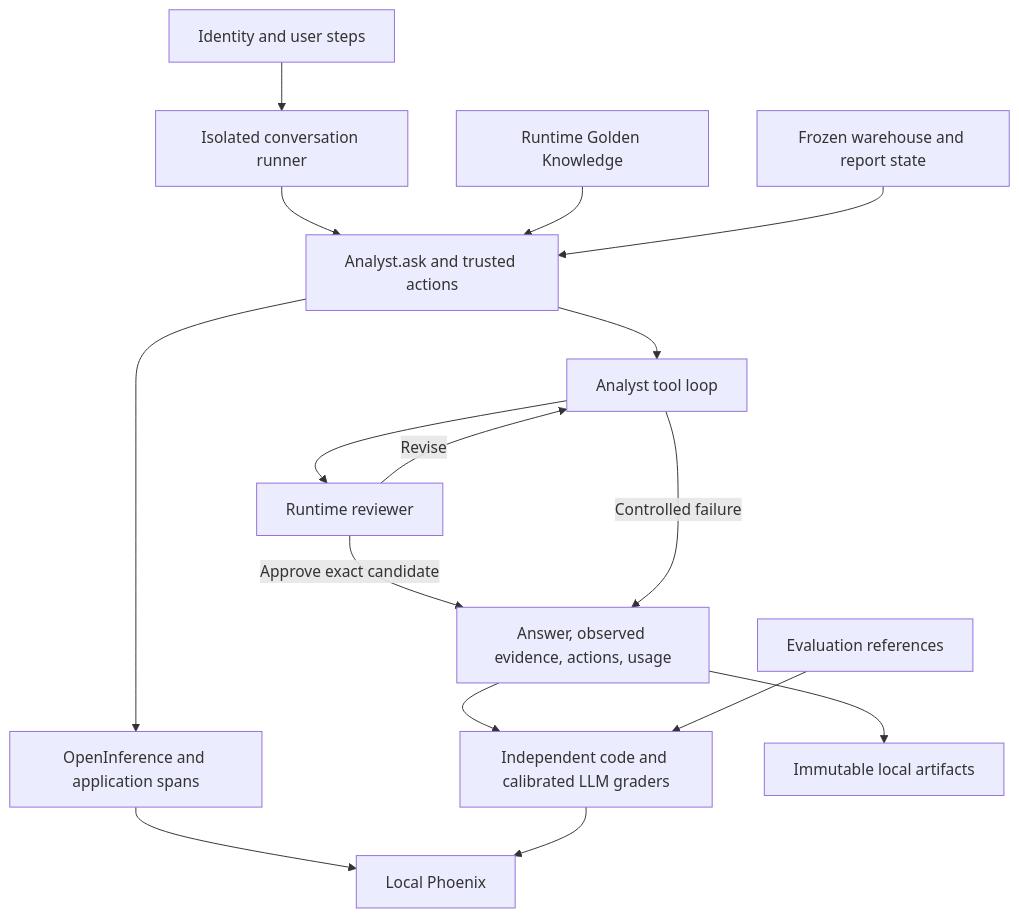
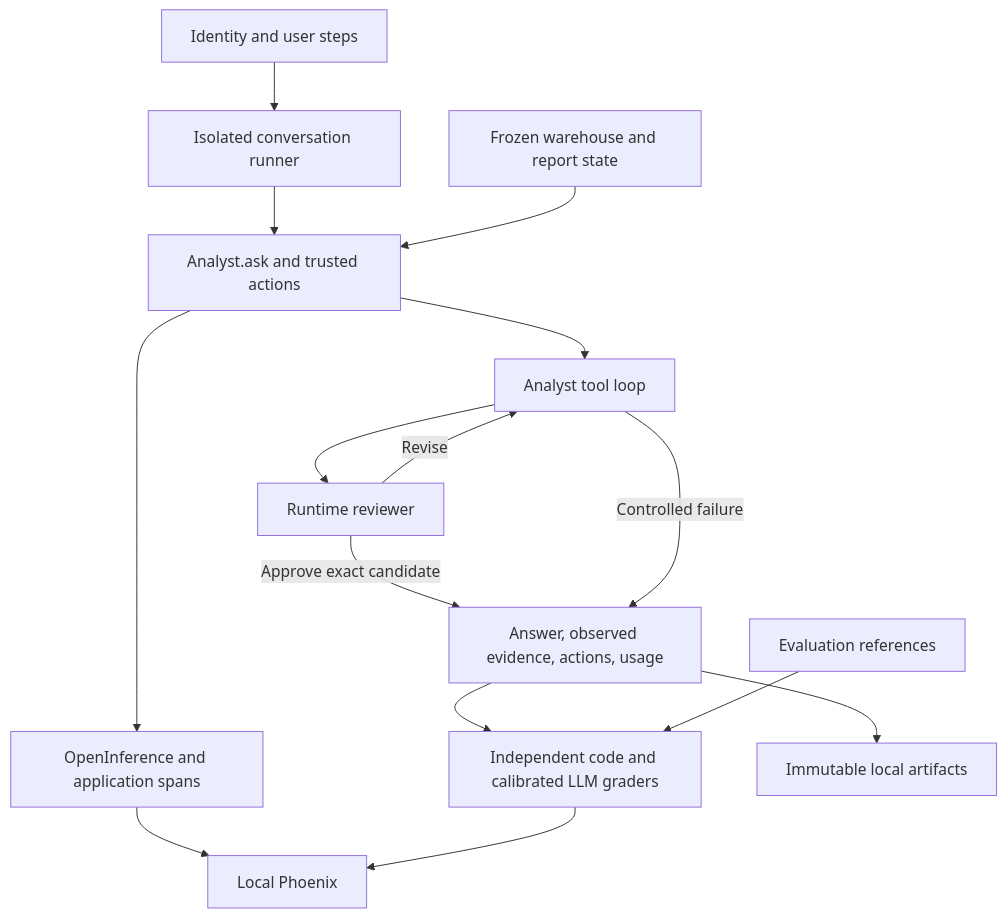
The diagram in docs/plans/EVALUATION_REBUILD_PLAN.md (tymek100/opsfleet-task), drawn with Mermaid before and after one commit. The commit also changed other lines of this file and 122 other files, not shown here.

Commit message:
Remove runtime Golden Knowledge and retrieval tools

```diff
--- a/docs/plans/EVALUATION_REBUILD_PLAN.md
+++ b/docs/plans/EVALUATION_REBUILD_PLAN.md
@@ -58,18 +57,17 @@
 ~~~mermaid
 flowchart TD
     Inputs[Identity and user steps] --> Runner[Isolated conversation runner]
     Runner --> App[Analyst.ask and trusted actions]
-    Knowledge[Runtime Golden Knowledge] --> App
     Fixtures[Frozen warehouse and report state] --> App
     App --> Loop[Analyst tool loop]
     Loop --> Review[Runtime reviewer]
     Review -->|Revise| Loop
     Review -->|Approve exact candidate| Result[Answer, observed evidence, actions, usage]
     Loop -->|Controlled failure| Result
     Result --> Graders[Independent code and calibrated LLM graders]
     References[Evaluation references] --> Graders
     App --> Traces[OpenInference and application spans]
     Traces --> Phoenix[Local Phoenix]
     Graders --> Phoenix
     Result --> Artifacts[Immutable local artifacts]
 ~~~
```
